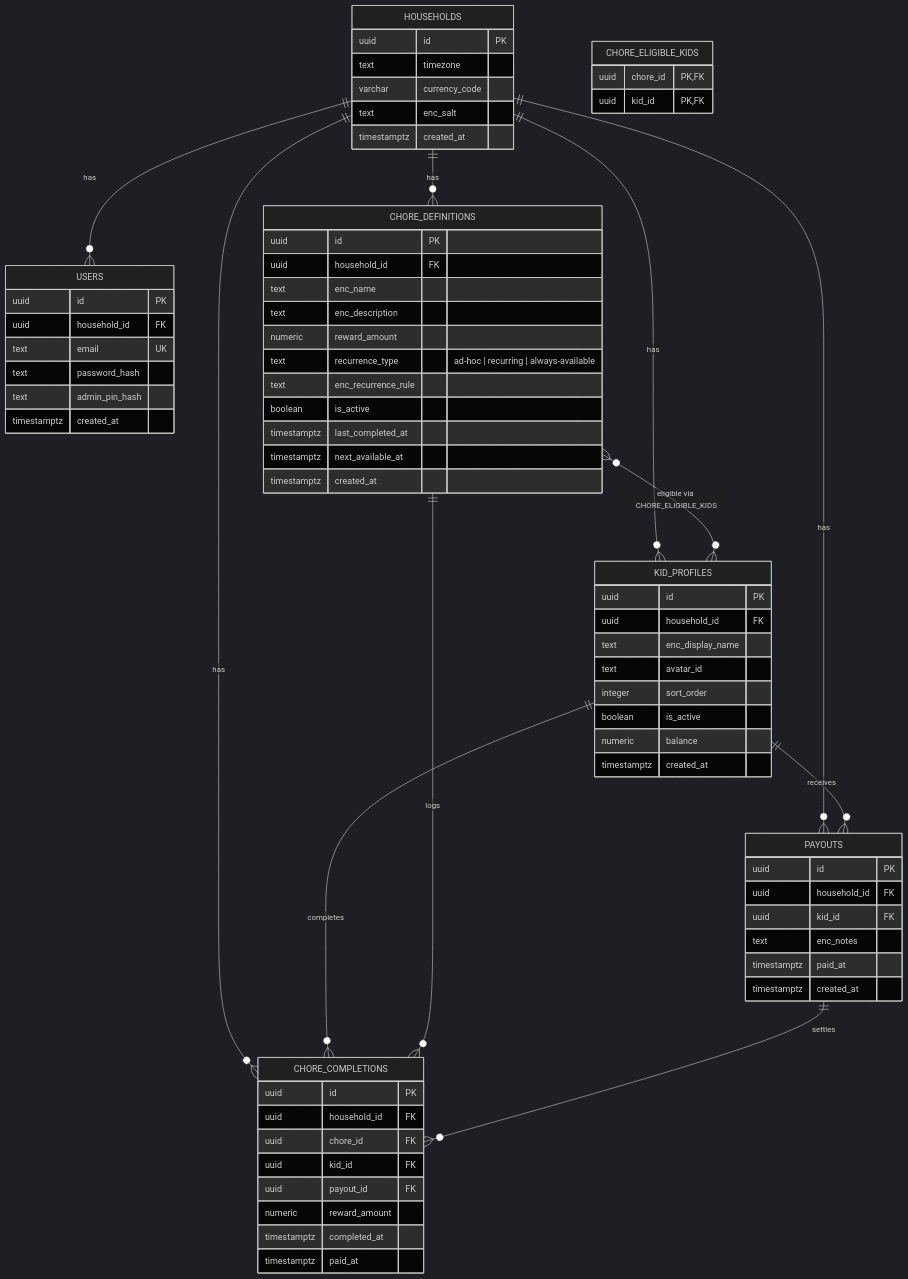
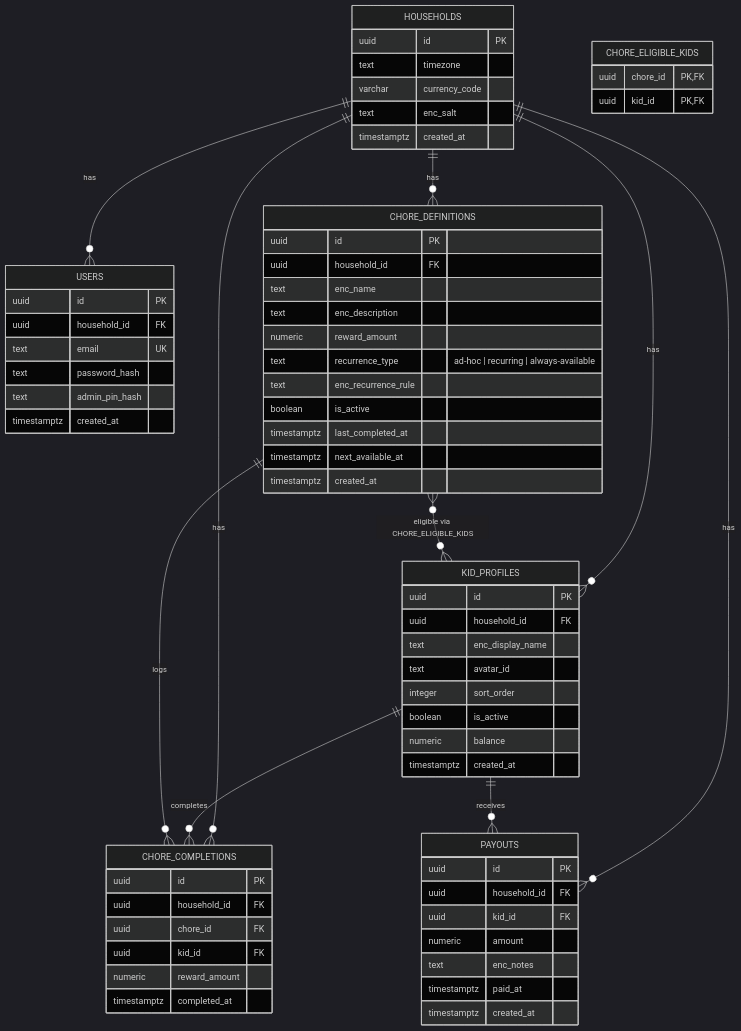
One commit to mrmeyers99/chorgie changed the diagram in README.md. Above: the diagram before and after it, drawn with Mermaid (dark theme). The commit also changed 9 other files, not shown here.

````diff
--- a/README.md
+++ b/README.md
@@ -7,80 +7,78 @@
 ```mermaid
 erDiagram
     HOUSEHOLDS ||--o{ USERS : has
     HOUSEHOLDS ||--o{ KID_PROFILES : has
     HOUSEHOLDS ||--o{ CHORE_DEFINITIONS : has
     HOUSEHOLDS ||--o{ CHORE_COMPLETIONS : has
     HOUSEHOLDS ||--o{ PAYOUTS : has
     KID_PROFILES ||--o{ CHORE_COMPLETIONS : completes
     KID_PROFILES ||--o{ PAYOUTS : receives
     CHORE_DEFINITIONS ||--o{ CHORE_COMPLETIONS : logs
     CHORE_DEFINITIONS }o--o{ KID_PROFILES : "eligible via CHORE_ELIGIBLE_KIDS"
-    PAYOUTS ||--o{ CHORE_COMPLETIONS : settles
 
     HOUSEHOLDS {
         uuid id PK
         text timezone
         varchar currency_code
         text enc_salt
         timestamptz created_at
     }
 
     USERS {
         uuid id PK
         uuid household_id FK
         text email UK
         text password_hash
         text admin_pin_hash
         timestamptz created_at
     }
 
     KID_PROFILES {
         uuid id PK
         uuid household_id FK
         text enc_display_name
         text avatar_id
         integer sort_order
         boolean is_active
         numeric balance
         timestamptz created_at
     }
 
     CHORE_DEFINITIONS {
         uuid id PK
         uuid household_id FK
         text enc_name
         text enc_description
         numeric reward_amount
         text recurrence_type "ad-hoc | recurring | always-available"
         text enc_recurrence_rule
         boolean is_active
         timestamptz last_completed_at
         timestamptz next_available_at
         timestamptz created_at
     }
 
     CHORE_ELIGIBLE_KIDS {
         uuid chore_id PK,FK
         uuid kid_id PK,FK
     }
 
     CHORE_COMPLETIONS {
         uuid id PK
         uuid household_id FK
         uuid chore_id FK
         uuid kid_id FK
-        uuid payout_id FK
         numeric reward_amount
         timestamptz completed_at
-        timestamptz paid_at
     }
 
     PAYOUTS {
         uuid id PK
         uuid household_id FK
         uuid kid_id FK
+        numeric amount
         text enc_notes
         timestamptz paid_at
         timestamptz created_at
     }
 ```
````
